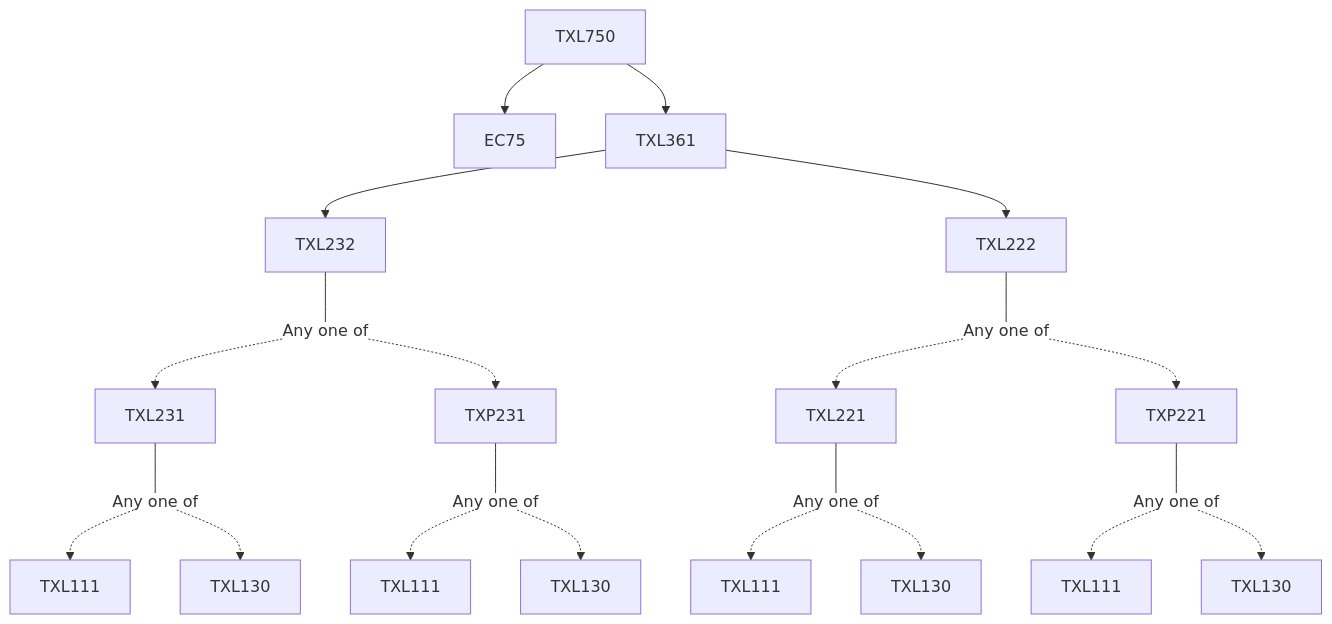
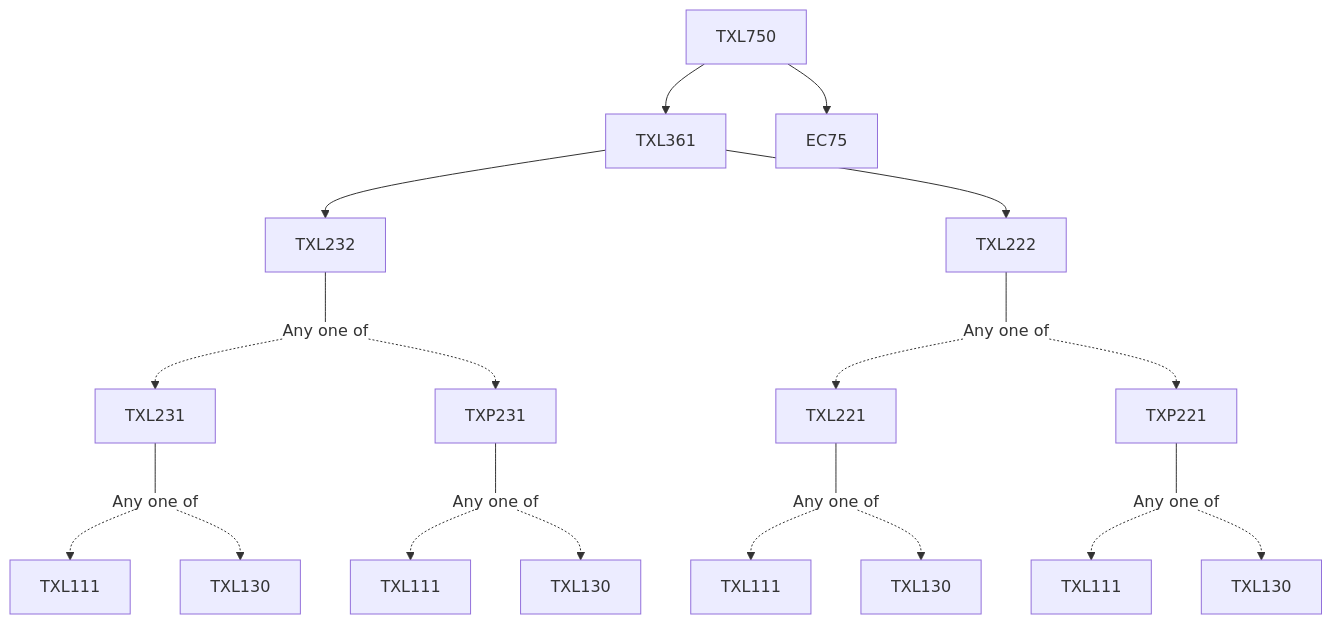
One commit to KeshavBansal0122/CoS_Website changed the diagram in content/Textile and Fibre Engineering/TXL750.md. Above: the diagram before and after it, drawn with Mermaid. The commit also changed other lines of this file and 2662 other files, not shown here.

````diff
--- a/content/Textile and Fibre Engineering/TXL750.md
+++ b/content/Textile and Fibre Engineering/TXL750.md
@@ -13,29 +13,29 @@
 ```mermaid
 flowchart TD
 TXL750-812[TXL750]
+TXL750-812 --> TXL361-812[TXL361]
+TXL361-812 --> TXL232-812[TXL232]
 TXL222-812 --- Or813[Any one of]:::empty
-Or813 -.-> TXL221-814[TXL221]
 TXL221-814 --- Or815[Any one of]:::empty
 Or815 -.-> TXL111-816[TXL111]
 Or815 -.-> TXL130-817[TXL130]
-Or813 -.-> TXP221-818[TXP221]
+Or813 -.-> TXL221-814[TXL221]
 TXP221-818 --- Or819[Any one of]:::empty
 Or819 -.-> TXL111-820[TXL111]
 Or819 -.-> TXL130-821[TXL130]
-TXL750-812 --> EC75-812[EC75]
-TXL361-812 --> TXL232-812[TXL232]
+Or813 -.-> TXP221-818[TXP221]
 TXL232-812 --- Or822[Any one of]:::empty
-Or822 -.-> TXL231-823[TXL231]
 TXL231-823 --- Or824[Any one of]:::empty
 Or824 -.-> TXL111-825[TXL111]
 Or824 -.-> TXL130-826[TXL130]
+Or822 -.-> TXL231-823[TXL231]
 Or822 -.-> TXP231-827[TXP231]
 TXP231-827 --- Or828[Any one of]:::empty
 Or828 -.-> TXL111-829[TXL111]
 Or828 -.-> TXL130-830[TXL130]
 TXL361-812 --> TXL222-812[TXL222]
-TXL750-812 --> TXL361-812[TXL361]
+TXL750-812 --> EC75-812[EC75]
 
 classDef empty height:17px, fill:transparent, stroke:transparent;
 classDef trueEmpty height:0px, width:0px;
 ```
````
